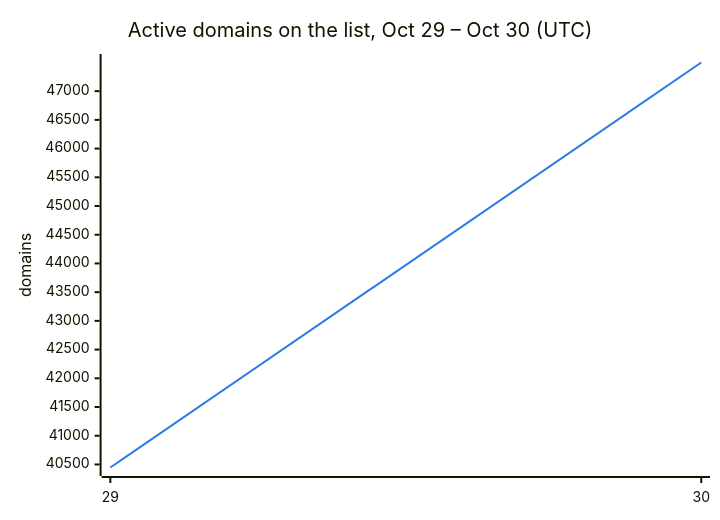
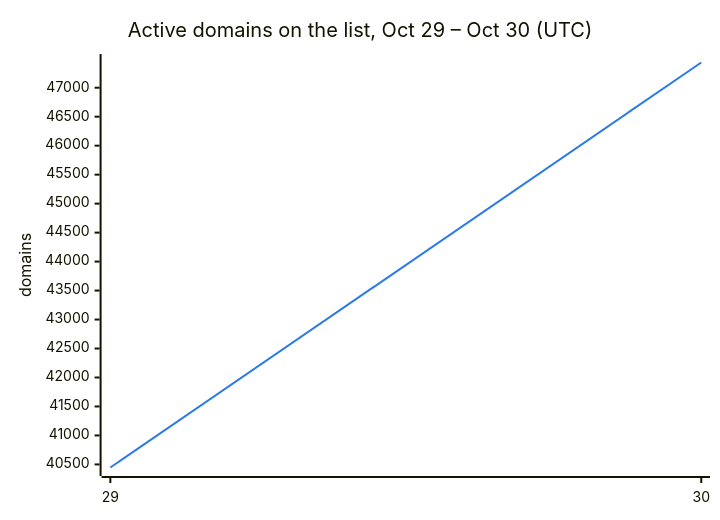
Before and after one commit to DNSBunker/CTI: the second of 3 diagrams in README.md, drawn with Mermaid. The commit also changed other lines of this file and 3 other files, not shown here.

````diff
--- a/README.md
+++ b/README.md
@@ -38,8 +38,8 @@
 ```mermaid
 %%{init: {"themeVariables": {"xyChart": {"plotColorPalette": "#2c7be5"}}}}%%
 xychart-beta
     title "Active domains on the list, Oct 29 – Oct 30 (UTC)"
     x-axis ["29", "30"]
     y-axis "domains"
-    line [40447, 47499]
+    line [40447, 47435]
 ```
````
